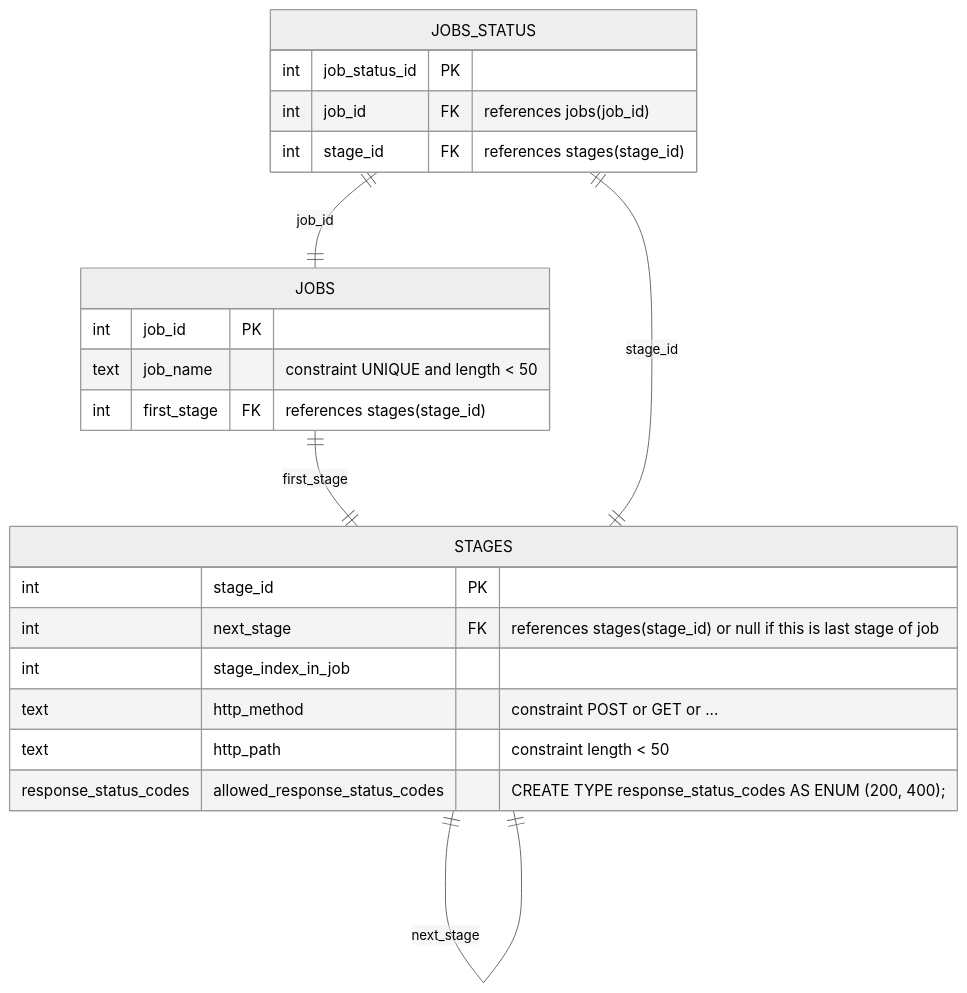
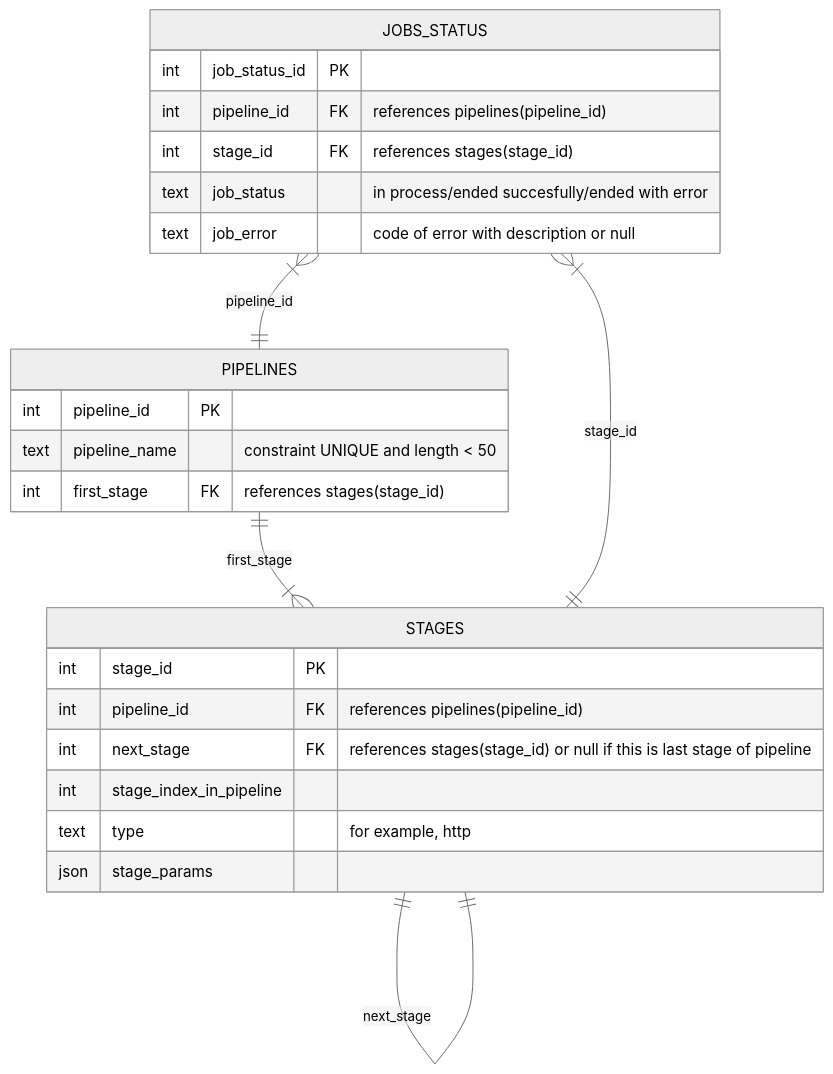
The diagram in pipeline.md (Jwostik/FastAPI), drawn with Mermaid (neutral theme) before and after one commit. The commit also changed other lines of this file, not shown here.

````diff
--- a/pipeline.md
+++ b/pipeline.md
@@ -1,30 +22,31 @@
 ```mermaid
 erDiagram
-    JOBS {
-        int job_id PK
-        text job_name "constraint UNIQUE and length < 50"
+    PIPELINES {
+        int pipeline_id PK
+        text pipeline_name "constraint UNIQUE and length < 50"
         int first_stage FK "references stages(stage_id)"
     }
     
     STAGES {
         int stage_id PK
-        int next_stage FK "references stages(stage_id) or null if this is last stage of job"
-        int stage_index_in_job
-        text http_method "constraint POST or GET or ..."
-        text http_path "constraint length < 50"
-        response_status_codes allowed_response_status_codes "CREATE TYPE response_status_codes AS ENUM (200, 400);"
+        int pipeline_id FK "references pipelines(pipeline_id)"
+        int next_stage FK "references stages(stage_id) or null if this is last stage of pipeline"
+        int stage_index_in_pipeline
+        text type "for example, http"
+        json stage_params 
     }
 
     JOBS_STATUS {
         int job_status_id PK
-        int job_id FK "references jobs(job_id)"
+        int pipeline_id FK "references pipelines(pipeline_id)"
         int stage_id FK "references stages(stage_id)"
-        
+        text job_status "in process/ended succesfully/ended with error"
+        text job_error "code of error with description or null"
     }
 
-    JOBS ||--|| STAGES : first_stage
+    PIPELINES ||--|{ STAGES : first_stage
     STAGES ||--|| STAGES : next_stage
-    JOBS_STATUS ||--|| STAGES : stage_id
-    JOBS_STATUS ||--|| JOBS : job_id
+    JOBS_STATUS }|--|| STAGES : stage_id
+    JOBS_STATUS }|--|| PIPELINES : pipeline_id
     
 ```
````
